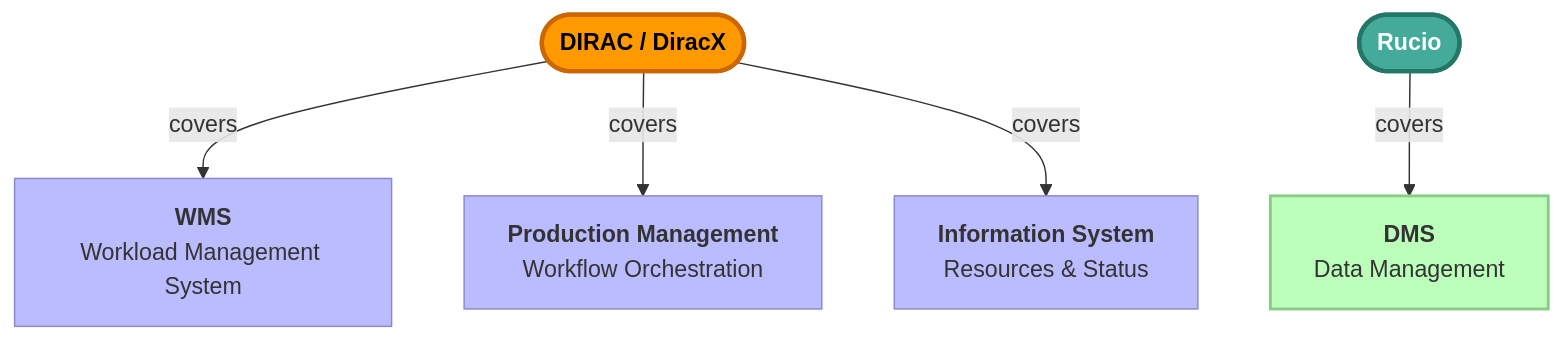
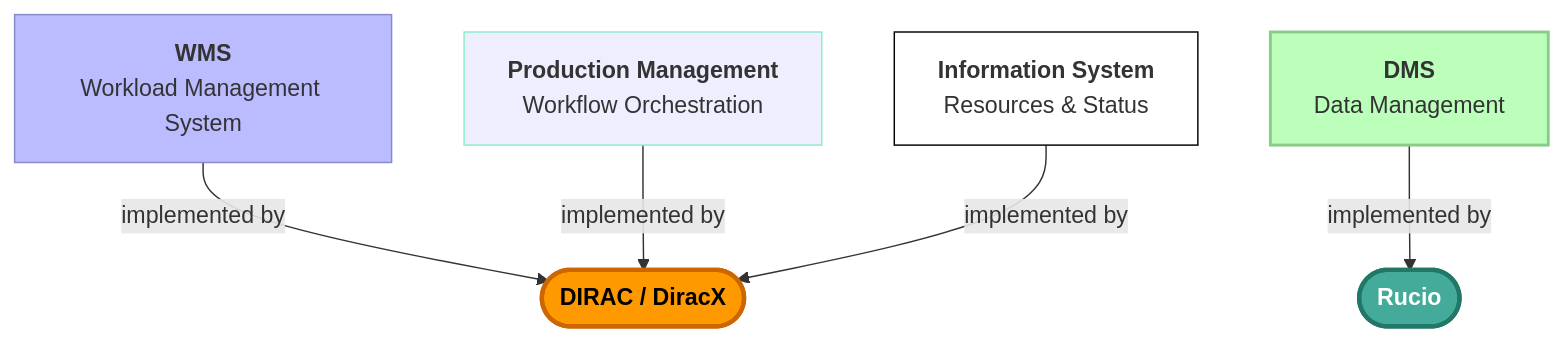
The fourth of 10 diagrams in slides.md (fstagni/2026_FermiLab_retreat), drawn with Mermaid before and after one commit. The commit also changed other lines of this file and 2 other files, not shown here.

````diff
--- a/slides.md
+++ b/slides.md
@@ -65,26 +124,28 @@
 ```mermaid
 %%{init: { 'theme': 'default' }}%%
 flowchart TD
     WMS["`**WMS**
     Workload Management System`"]
     DMS["`**DMS**
     Data Management`"]
     PROD["`**Production Management**
     Workflow Orchestration`"]
     IS["`**Information System**
     Resources & Status`"]
+
+    style WMS fill:#bbf,stroke:#88c
+    style DMS fill:#bfb,stroke:#8c8,stroke-width:2px
+    style PROD fill:#eef,stroke:#8ec
+    style IS fill:#fff,stroke:#000
+
     DIRAC(["`**DIRAC / DiracX**`"])
     RUCIO(["`**Rucio**`"])
 
     style DIRAC fill:#f90,color:#000,stroke:#c60,stroke-width:3px
-    style WMS fill:#bbf,stroke:#88c
-    style DMS fill:#bfb,stroke:#8c8,stroke-width:2px
-    style PROD fill:#bbf,stroke:#88c
-    style IS fill:#bbf,stroke:#88c
     style RUCIO fill:#4a9,color:#fff,stroke:#276,stroke-width:3px
 
-    DIRAC -->|covers| WMS
-    RUCIO -->|covers| DMS
-    DIRAC -->|covers| PROD
-    DIRAC -->|covers| IS
+    WMS -->|implemented by| DIRAC
+    DMS -->|implemented by| RUCIO
+    PROD -->|implemented by| DIRAC
+    IS -->|implemented by| DIRAC
 ```
````
